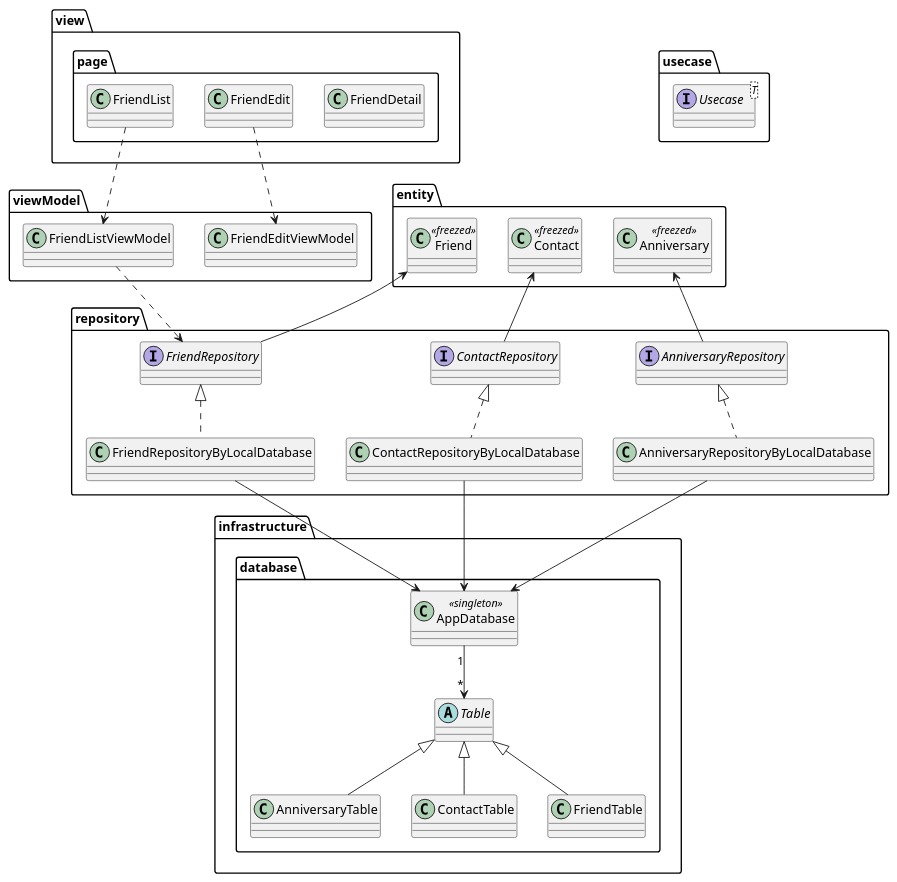
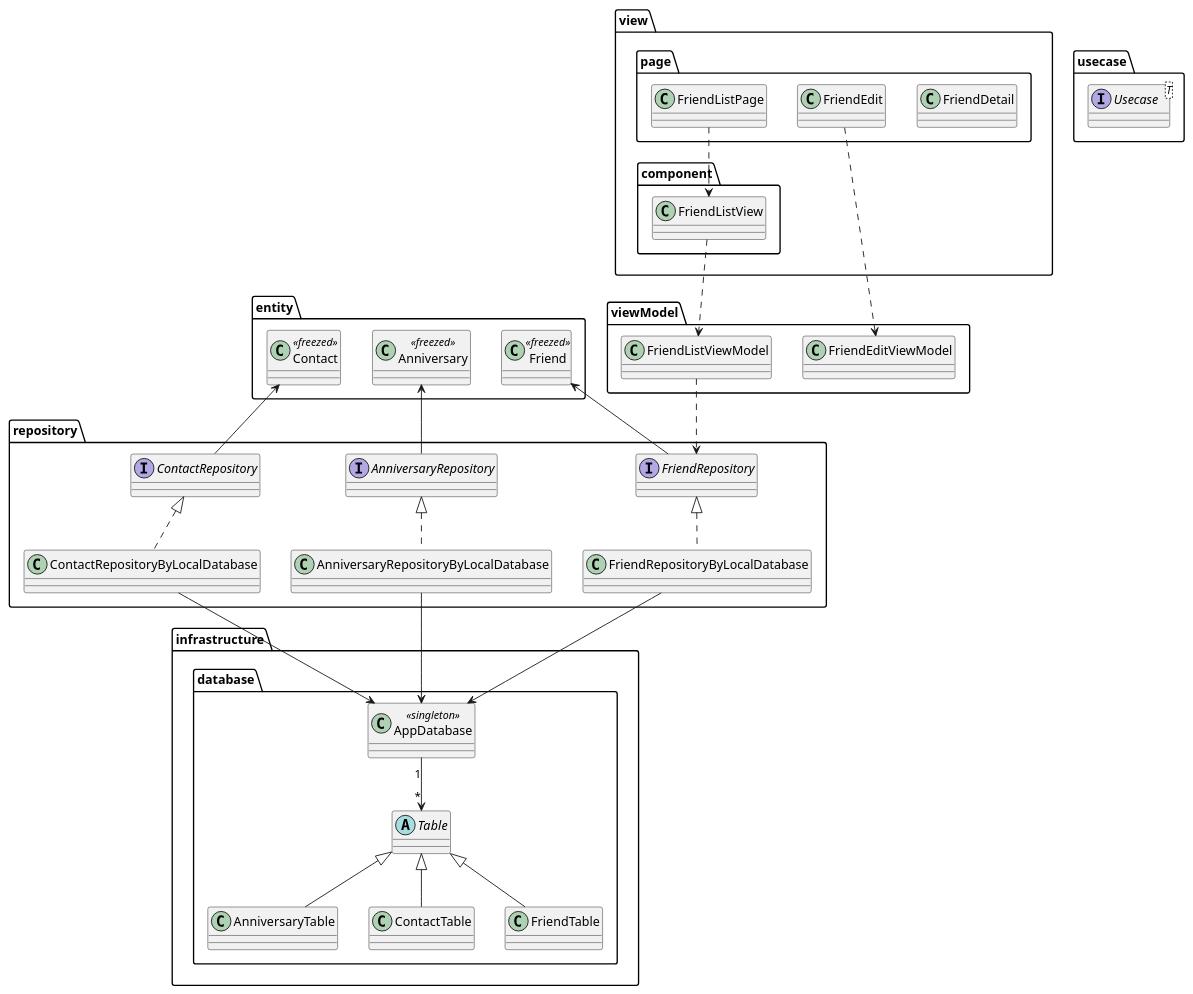
One commit to nmskm240/friend_list changed the diagram in uml/class_diagram.pu. Above: the diagram before and after it, drawn with PlantUML. The commit also changed 5 other files, not shown here.

Commit message:
Componentize the list view

```diff
--- a/uml/class_diagram.pu
+++ b/uml/class_diagram.pu
@@ -1,68 +1,74 @@
 @startuml
 
 package view {
+    package component {
+        class FriendListView 
+    }
+
     package page {
         class FriendDetail
         class FriendEdit
-        class FriendList
+        class FriendListPage
     }
 }
 
 package viewModel {
     class FriendListViewModel
     class FriendEditViewModel
 }
 
 package usecase {
     interface Usecase<T>
 }
 
 
 package repository {
     interface AnniversaryRepository
     interface ContactRepository
     interface FriendRepository
     class AnniversaryRepositoryByLocalDatabase
     class ContactRepositoryByLocalDatabase
     class FriendRepositoryByLocalDatabase
 }
 
 package entity {
     class Anniversary<<freezed>>
     class Contact<<freezed>>
     class Friend<<freezed>>
 }
 
 package infrastructure {
     package database {
         class AnniversaryTable
         class AppDatabase<<singleton>>
         class ContactTable
         class FriendTable
         abstract Table
     }
 }
 
-FriendList ..> FriendListViewModel
+FriendListView ..> FriendListViewModel
+
+FriendListPage ..> FriendListView
 FriendEdit ..> FriendEditViewModel
 
 FriendListViewModel ..> FriendRepository
 
 Anniversary <-- AnniversaryRepository
 Contact <-- ContactRepository
 Friend <-- FriendRepository
 
 AnniversaryRepository <|.. AnniversaryRepositoryByLocalDatabase
 ContactRepository <|.. ContactRepositoryByLocalDatabase
 FriendRepository <|.. FriendRepositoryByLocalDatabase
 
 AnniversaryRepositoryByLocalDatabase --> AppDatabase
 ContactRepositoryByLocalDatabase --> AppDatabase
 FriendRepositoryByLocalDatabase --> AppDatabase
 
 Table <|-- AnniversaryTable
 Table <|-- ContactTable
 Table <|-- FriendTable
 AppDatabase "1" --> "*" Table
 
 @enduml
```
